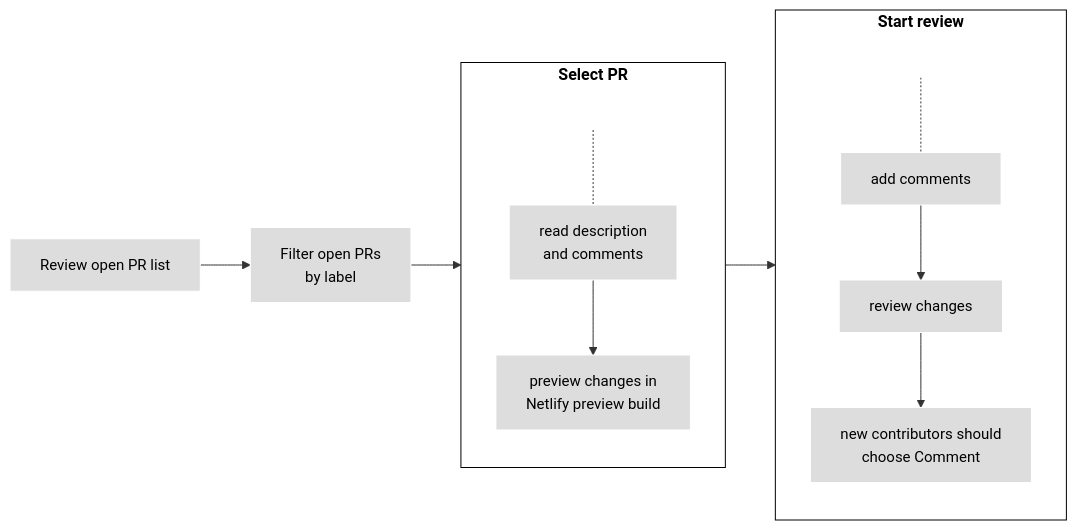
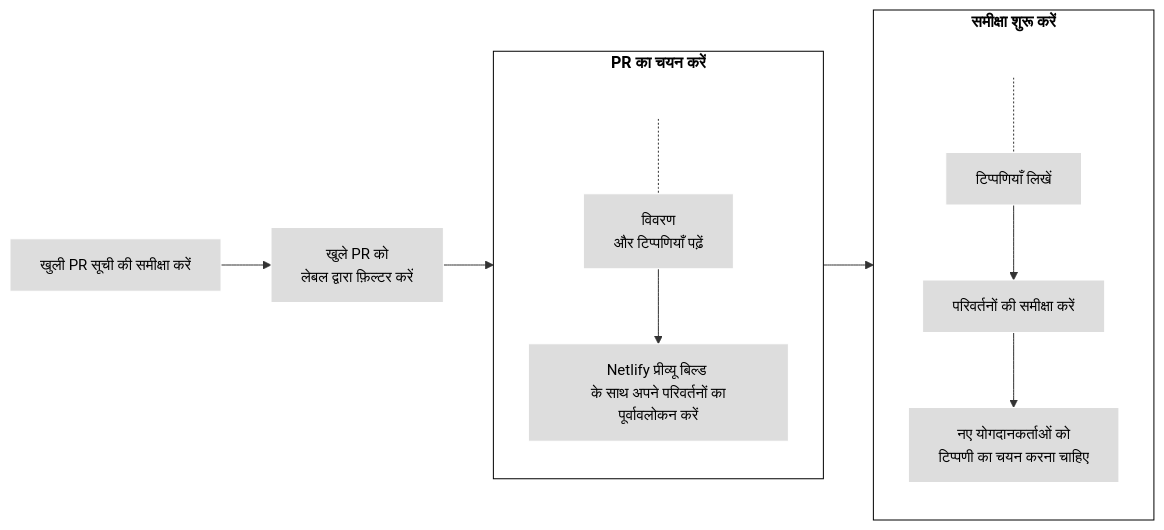
The diagram in content/hi/docs/contribute/review/reviewing-prs.md (kubernetes/website), drawn with Mermaid before and after one commit. The commit also changed other lines of this file, not shown here.

Commit message:
Updated the Localized hi/docs/contribute/review/reviewing-prs.md

```diff
--- a/content/hi/docs/contribute/review/reviewing-prs.md
+++ b/content/hi/docs/contribute/review/reviewing-prs.md
@@ -42,25 +43,25 @@
 {{< mermaid >}}
 flowchart LR
-    subgraph fourth[Start review]
+    subgraph fourth[समीक्षा शुरू करें]
     direction TB
     S[ ] -.-
-    M[add comments] --> N[review changes]
-    N --> O[new contributors should<br>choose Comment]
+    M[टिप्पणियाँ लिखें] --> N[परिवर्तनों की समीक्षा करें]
+    N --> O[नए योगदानकर्ताओं को <br>टिप्पणी का चयन करना चाहिए]
     end
-    subgraph third[Select PR]
+    subgraph third[PR का चयन करें]
     direction TB
     T[ ] -.-
-    J[read description<br>and comments]--> K[preview changes in<br>Netlify preview build]
+    J[विवरण<br>और टिप्पणियाँ पढ़ें]--> K[Netlify प्रीव्यू बिल्ड <br> के साथ अपने परिवर्तनों का पूर्वावलोकन करें]
     end
  
-  A[Review open PR list]--> B[Filter open PRs<br>by label]
+  A[खुली PR सूची की समीक्षा करें]--> B[खुले PR को <br>लेबल द्वारा फ़िल्टर करें]
   B --> third --> fourth
      
 
 classDef grey fill:#dddddd,stroke:#ffffff,stroke-width:px,color:#000000, font-size:15px;
 classDef white fill:#ffffff,stroke:#000,stroke-width:px,color:#000,font-weight:bold
 classDef spacewhite fill:#ffffff,stroke:#fff,stroke-width:0px,color:#000
 class A,B,J,K,M,N,O grey
 class S,T spacewhite
 class third,fourth white
 {{</ mermaid >}}
```
